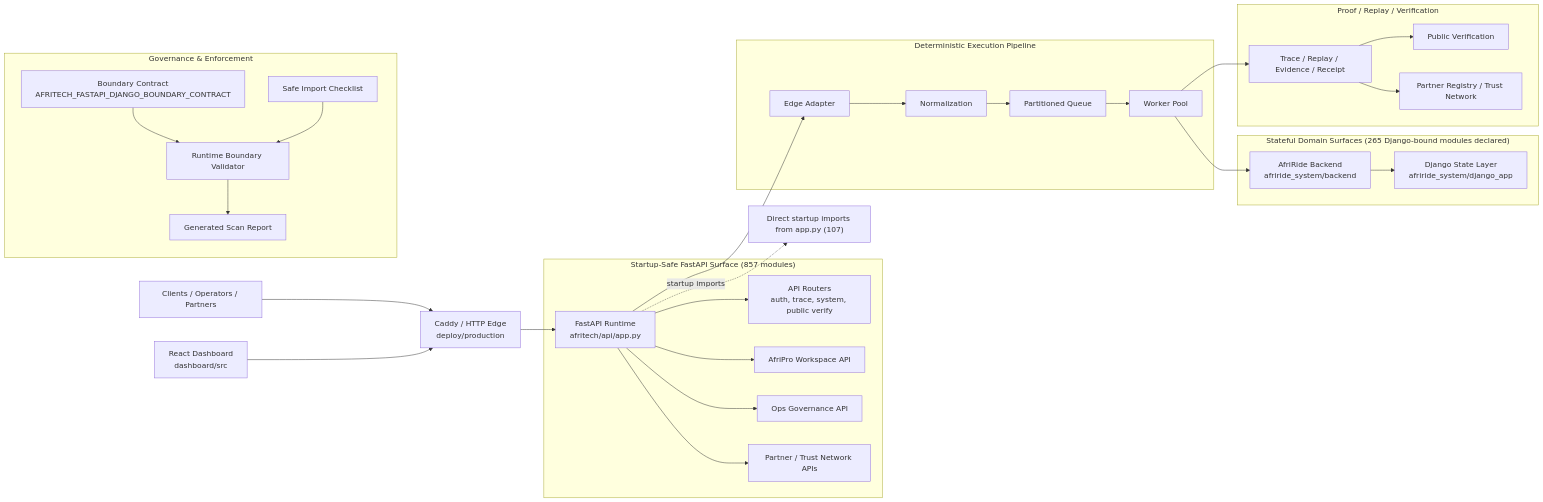
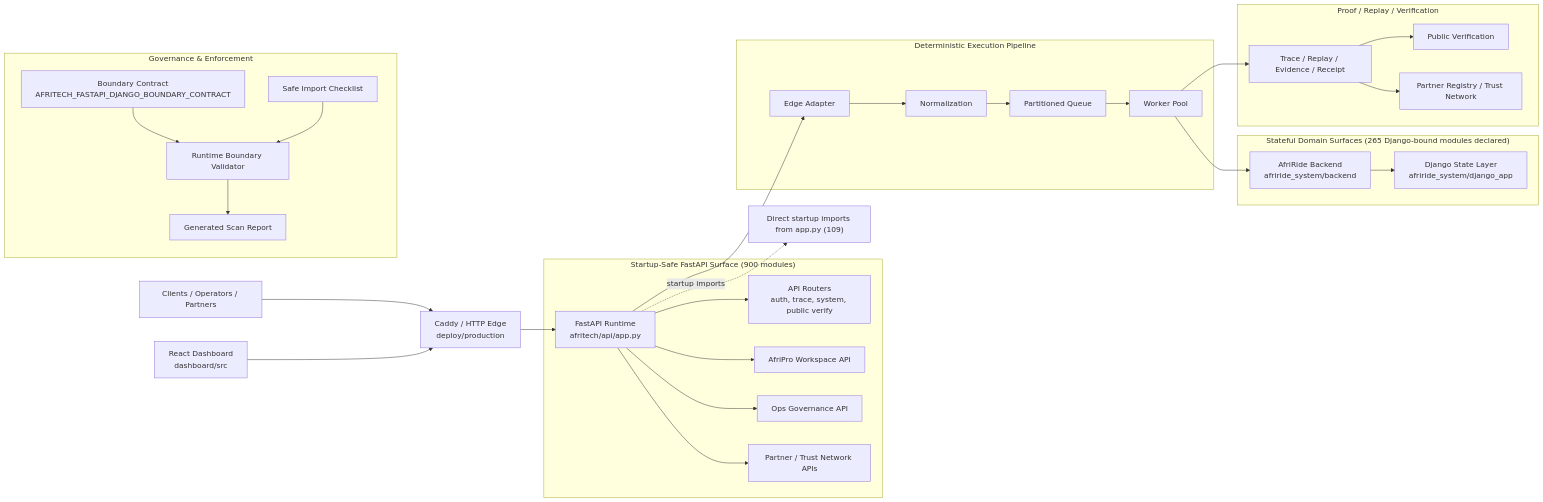
Before and after one commit to Strelly2023/afritelematics: the first of 2 diagrams in docs/architecture/AFRITECH_FULL_ARCHITECTURE_GRAPH.md, drawn with Mermaid. The commit also changed other lines of this file and 4 other files, not shown here.

````diff
--- a/docs/architecture/AFRITECH_FULL_ARCHITECTURE_GRAPH.md
+++ b/docs/architecture/AFRITECH_FULL_ARCHITECTURE_GRAPH.md
@@ -22,39 +22,39 @@
 ```mermaid
 flowchart LR
     Client["Clients / Operators / Partners"] --> Edge["Caddy / HTTP Edge\ndeploy/production"]
     Dashboard["React Dashboard\ndashboard/src"] --> Edge
     Edge --> App["FastAPI Runtime\nafritech/api/app.py"]
 
-    subgraph FastAPI["Startup-Safe FastAPI Surface (857 modules)"]
+    subgraph FastAPI["Startup-Safe FastAPI Surface (900 modules)"]
         App --> Api["API Routers\nauth, trace, system, public verify"]
         App --> Workspace["AfriPro Workspace API"]
         App --> Governance["Ops Governance API"]
         App --> Trust["Partner / Trust Network APIs"]
     end
 
     subgraph Pipeline["Deterministic Execution Pipeline"]
         App --> Adapt["Edge Adapter"]
         Adapt --> Normalize["Normalization"]
         Normalize --> Queue["Partitioned Queue"]
         Queue --> Worker["Worker Pool"]
     end
 
     subgraph State["Stateful Domain Surfaces (265 Django-bound modules declared)"]
         Worker --> Domain["AfriRide Backend\nafriride_system/backend"]
         Domain --> Django["Django State Layer\nafriride_system/django_app"]
     end
 
     subgraph Proof["Proof / Replay / Verification"]
         Worker --> Trace["Trace / Replay / Evidence / Receipt"]
         Trace --> Public["Public Verification"]
         Trace --> Registry["Partner Registry / Trust Network"]
     end
 
     subgraph GovernancePlane["Governance & Enforcement"]
         Contract["Boundary Contract\nAFRITECH_FASTAPI_DJANGO_BOUNDARY_CONTRACT"] --> Validator["Runtime Boundary Validator"]
         Checklist["Safe Import Checklist"] --> Validator
         Validator --> Review["Generated Scan Report"]
     end
 
-    App -. startup imports .-> Imports["Direct startup imports from app.py (107)"]
+    App -. startup imports .-> Imports["Direct startup imports from app.py (109)"]
 ```
````
